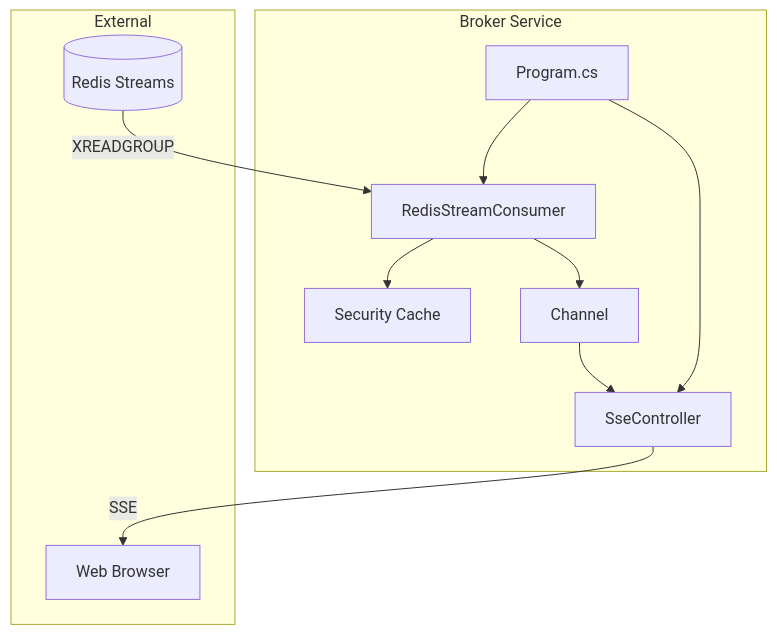
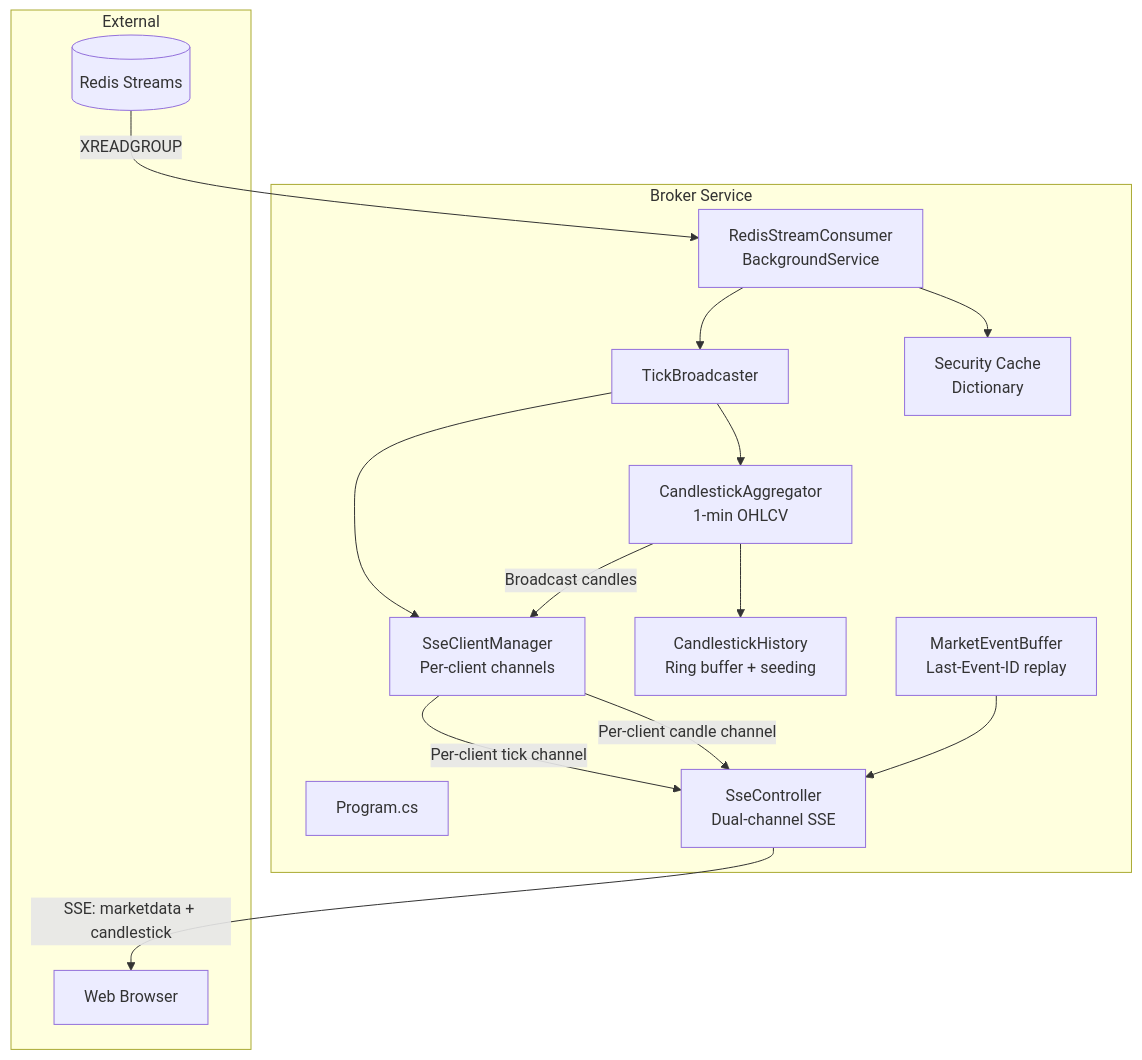
The fifth of 10 diagrams in hugo-site/content/projects/stock-market-simulator/index.md (raj-champion-trader/rajchampaneriya.github.io), drawn with Mermaid before and after one commit. The commit also changed other lines of this file and 4 other files, not shown here.

First line of the commit message:
Enhance Stock Market Simulator documentation and architecture details

````diff
--- a/hugo-site/content/projects/stock-market-simulator/index.md
+++ b/hugo-site/content/projects/stock-market-simulator/index.md
@@ -166,23 +186,31 @@
 ```mermaid
 flowchart TB
     subgraph BrokerServiceContainer["Broker Service"]
         Program["Program.cs"]
-        RedisConsumer["RedisStreamConsumer"]
-        SseController["SseController"]
-        Channel["Channel"]
-        SecurityCache["Security Cache"]
+        RedisConsumer["RedisStreamConsumer<br/>BackgroundService"]
+        TickBroadcaster["TickBroadcaster"]
+        ClientManager["SseClientManager<br/>Per-client channels"]
+        Aggregator["CandlestickAggregator<br/>1-min OHLCV"]
+        CandleHistory["CandlestickHistory<br/>Ring buffer + seeding"]
+        EventBuffer["MarketEventBuffer<br/>Last-Event-ID replay"]
+        SseController["SseController<br/>Dual-channel SSE"]
+        SecurityCache["Security Cache<br/>Dictionary"]
     end
 
     subgraph External["External"]
         Redis[("Redis Streams")]
         Browser["Web Browser"]
     end
 
-    Program --> RedisConsumer
-    Program --> SseController
     Redis -->|XREADGROUP| RedisConsumer
     RedisConsumer --> SecurityCache
-    RedisConsumer --> Channel
-    Channel --> SseController
-    SseController -->|SSE| Browser
+    RedisConsumer --> TickBroadcaster
+    TickBroadcaster --> ClientManager
+    TickBroadcaster --> Aggregator
+    Aggregator --> CandleHistory
+    Aggregator -->|Broadcast candles| ClientManager
+    ClientManager -->|Per-client tick channel| SseController
+    ClientManager -->|Per-client candle channel| SseController
+    EventBuffer --> SseController
+    SseController -->|SSE: marketdata + candlestick| Browser
 ```
````
